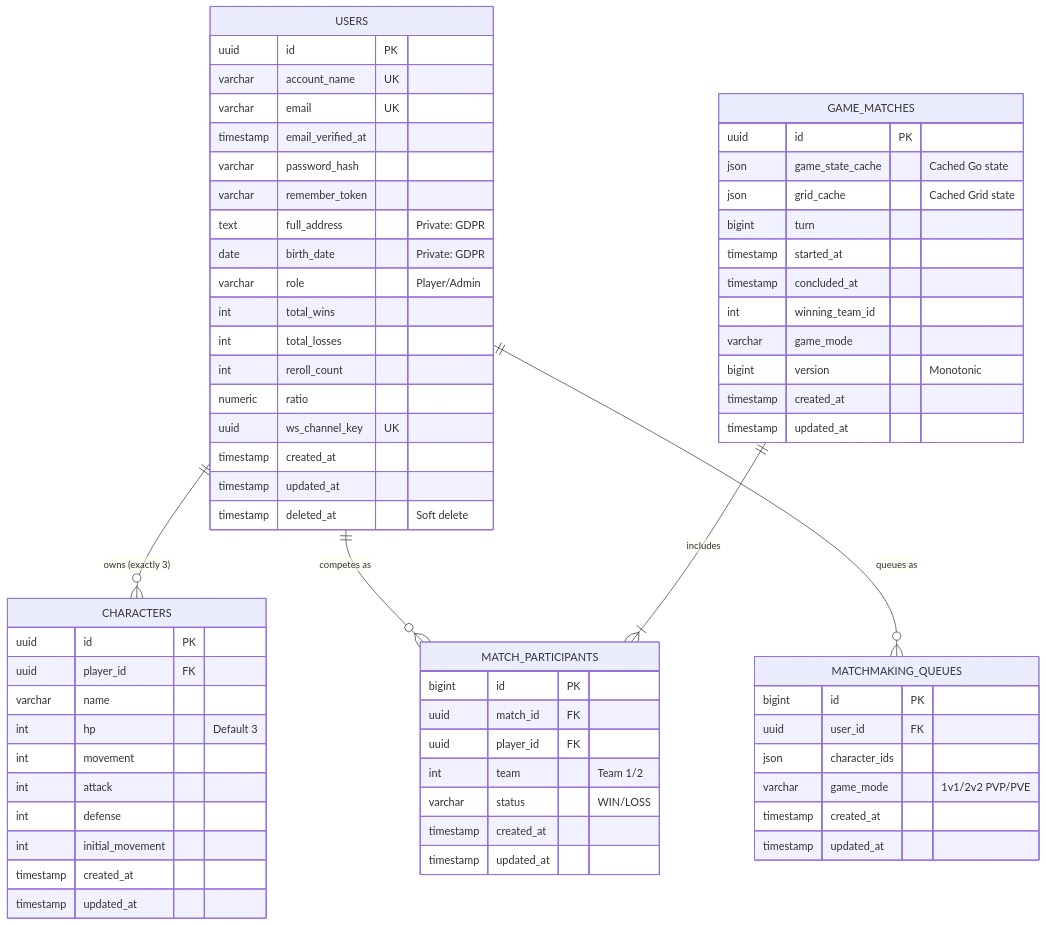
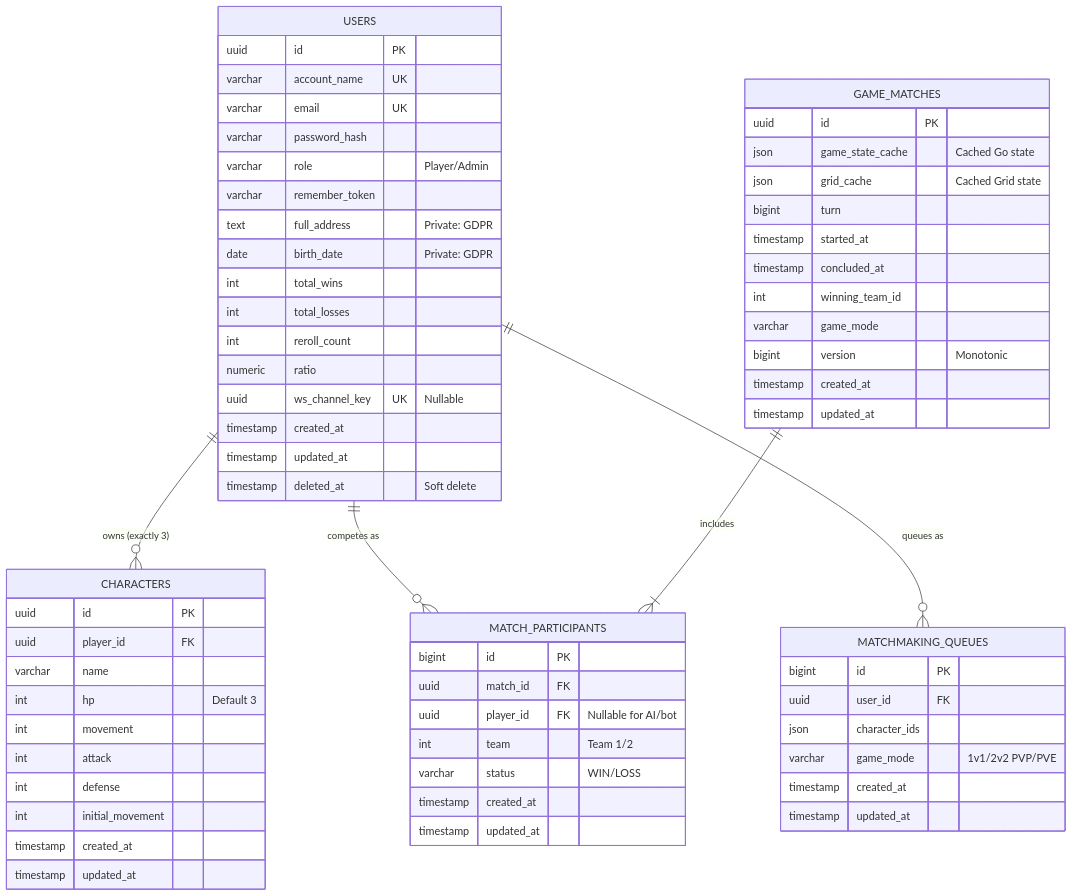
One commit to ecumeurs/upsilon-hub changed the diagram in db.md. Above: the diagram before and after it, drawn with Mermaid. The commit also changed other lines of this file and 7 other files, not shown here.

First line of the commit message:
docs(ISS-060): resolve database schema drift and update documentation

````diff
--- a/db.md
+++ b/db.md
@@ -90,73 +92,72 @@
 ```mermaid
 erDiagram
     USERS ||--o{ CHARACTERS : "owns (exactly 3)"
     USERS ||--o{ MATCH_PARTICIPANTS : "competes as"
     USERS ||--o{ MATCHMAKING_QUEUES : "queues as"
     GAME_MATCHES ||--|{ MATCH_PARTICIPANTS : "includes"
     
     USERS {
         uuid id PK
         varchar account_name UK
         varchar email UK
-        timestamp email_verified_at
         varchar password_hash
+        varchar role "Player/Admin"
         varchar remember_token
         text full_address "Private: GDPR"
         date birth_date "Private: GDPR"
-        varchar role "Player/Admin"
         int total_wins
         int total_losses
         int reroll_count
         numeric ratio
-        uuid ws_channel_key UK
+        uuid ws_channel_key UK "Nullable"
         timestamp created_at
         timestamp updated_at
         timestamp deleted_at "Soft delete"
     }
     
     CHARACTERS {
         uuid id PK
         uuid player_id FK
         varchar name
         int hp "Default 3"
         int movement
         int attack
         int defense
         int initial_movement
         timestamp created_at
         timestamp updated_at
     }
     
     GAME_MATCHES {
         uuid id PK
         json game_state_cache "Cached Go state"
         json grid_cache "Cached Grid state"
         bigint turn
         timestamp started_at
         timestamp concluded_at
         int winning_team_id
         varchar game_mode
         bigint version "Monotonic"
         timestamp created_at
         timestamp updated_at
     }
 
     MATCH_PARTICIPANTS {
         bigint id PK
         uuid match_id FK
-        uuid player_id FK
+        uuid player_id FK "Nullable for AI/bot"
         int team "Team 1/2"
         varchar status "WIN/LOSS"
         timestamp created_at
         timestamp updated_at
     }
     
     MATCHMAKING_QUEUES {
         bigint id PK
         uuid user_id FK
         json character_ids
         varchar game_mode "1v1/2v2 PVP/PVE"
         timestamp created_at
         timestamp updated_at
     }
 ```
````
